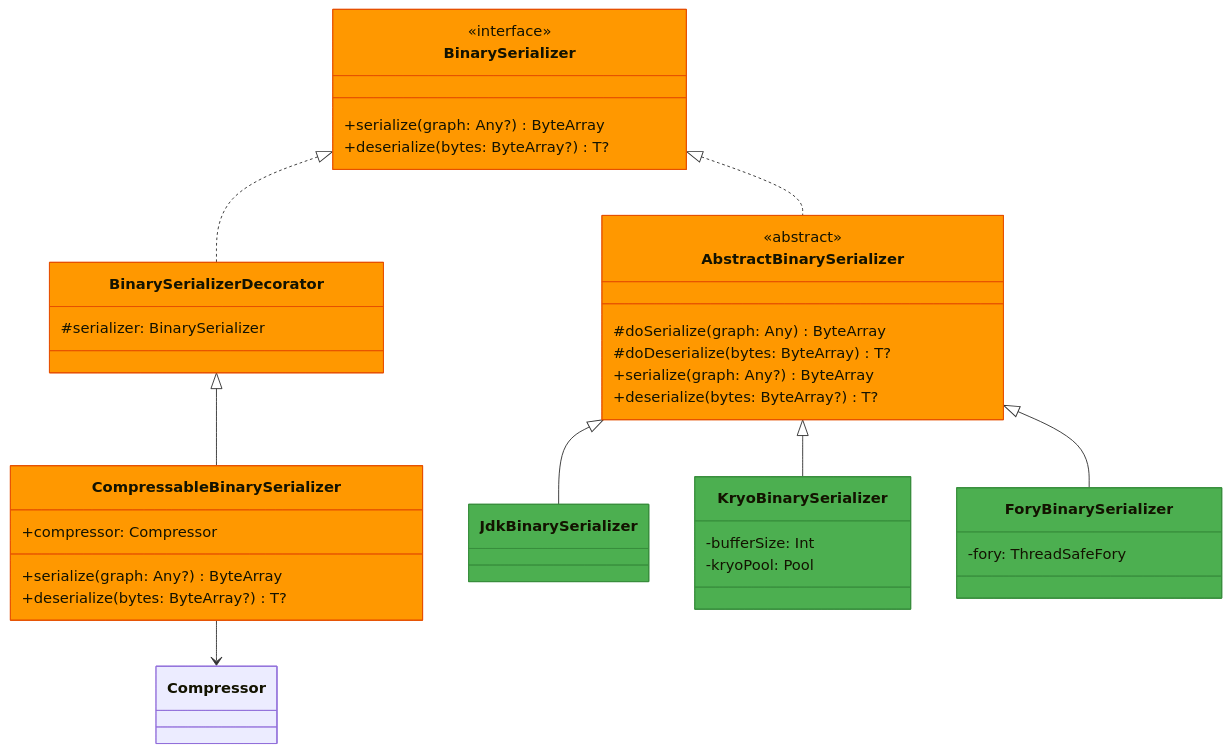
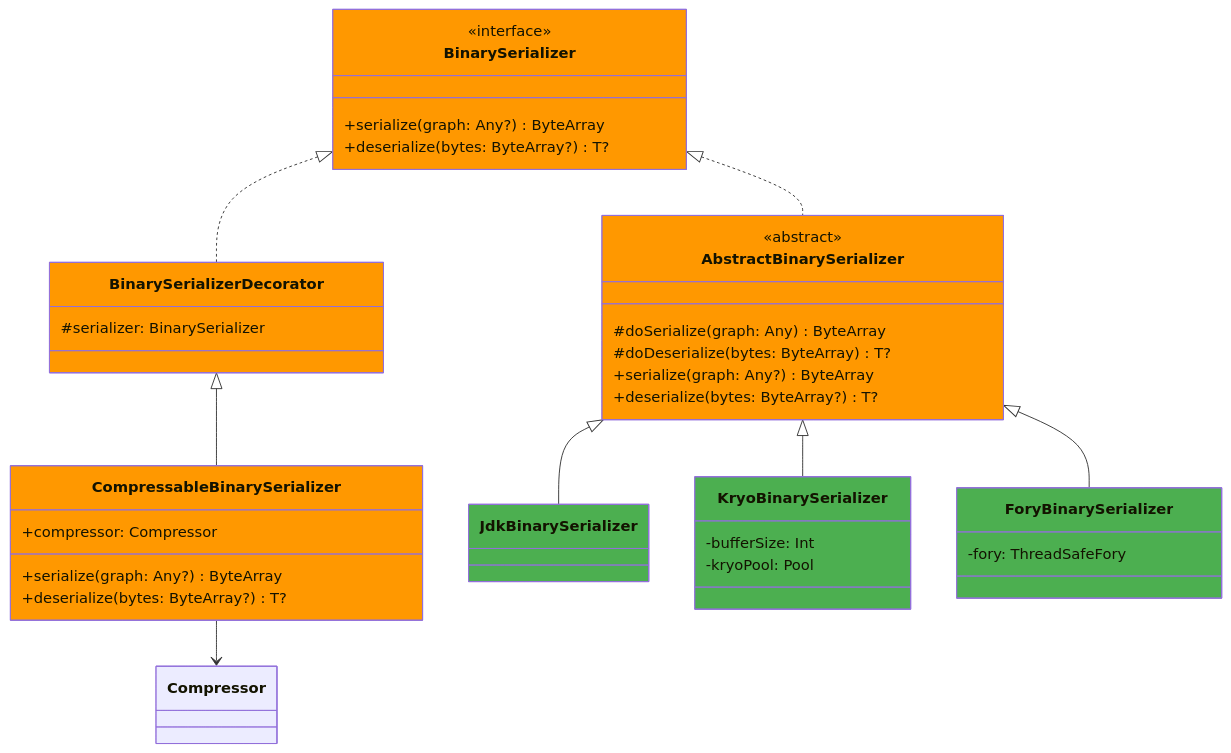
The second of 4 diagrams in io/io/README.md (bluetape4k/bluetape4k-projects), drawn with Mermaid before and after one commit. The commit also changed other lines of this file and 94 other files, not shown here.

First line of the commit message:
docs: Mermaid classDef에서 stroke:#색상 제거 (파서 오류 수정)

````diff
--- a/io/io/README.md
+++ b/io/io/README.md
@@ -487,48 +487,48 @@
 ```mermaid
 classDiagram
     class BinarySerializer:::serializerStyle {
         <<interface>>
         +serialize(graph: Any?) ByteArray
         +deserialize(bytes: ByteArray?) T?
     }
 
     class AbstractBinarySerializer:::serializerStyle {
         <<abstract>>
         #doSerialize(graph: Any) ByteArray
         #doDeserialize(bytes: ByteArray) T?
         +serialize(graph: Any?) ByteArray
         +deserialize(bytes: ByteArray?) T?
     }
 
     class BinarySerializerDecorator:::serializerStyle {
         #serializer: BinarySerializer
     }
 
     class CompressableBinarySerializer:::serializerStyle {
         +compressor: Compressor
         +serialize(graph: Any?) ByteArray
         +deserialize(bytes: ByteArray?) T?
     }
 
     class JdkBinarySerializer:::extensionStyle
     class KryoBinarySerializer:::extensionStyle {
         -bufferSize: Int
         -kryoPool: Pool
     }
     class ForyBinarySerializer:::extensionStyle {
         -fory: ThreadSafeFory
     }
 
     BinarySerializer <|.. AbstractBinarySerializer
     BinarySerializer <|.. BinarySerializerDecorator
     AbstractBinarySerializer <|-- JdkBinarySerializer
     AbstractBinarySerializer <|-- KryoBinarySerializer
     AbstractBinarySerializer <|-- ForyBinarySerializer
     BinarySerializerDecorator <|-- CompressableBinarySerializer
     CompressableBinarySerializer --> Compressor
 
-    classDef serializerStyle fill:#FF9800,stroke:#E65100
-    classDef extensionStyle fill:#4CAF50,stroke:#388E3C
-    classDef ioStyle fill:#607D8B,stroke:#37474F
-    classDef codecStyle fill:#2196F3,stroke:#1565C0
+    classDef serializerStyle fill:#FF9800
+    classDef extensionStyle fill:#4CAF50
+    classDef ioStyle fill:#607D8B
+    classDef codecStyle fill:#2196F3
 ```
````
